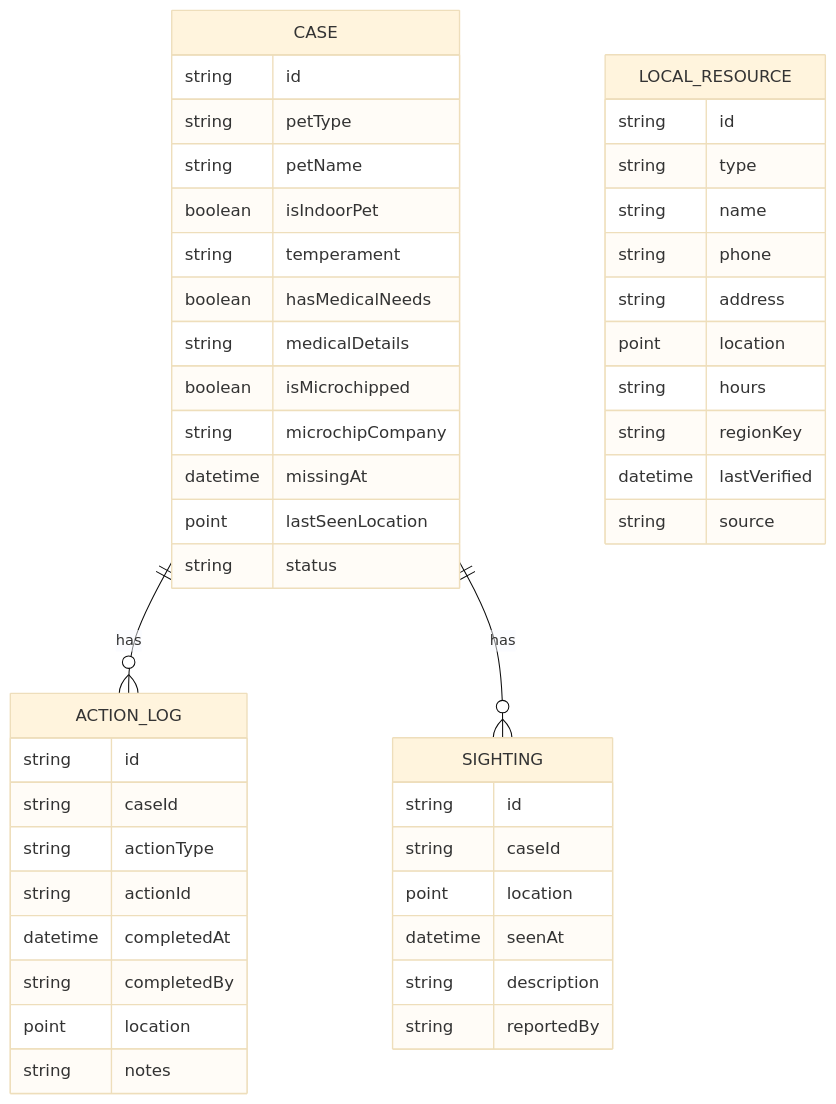
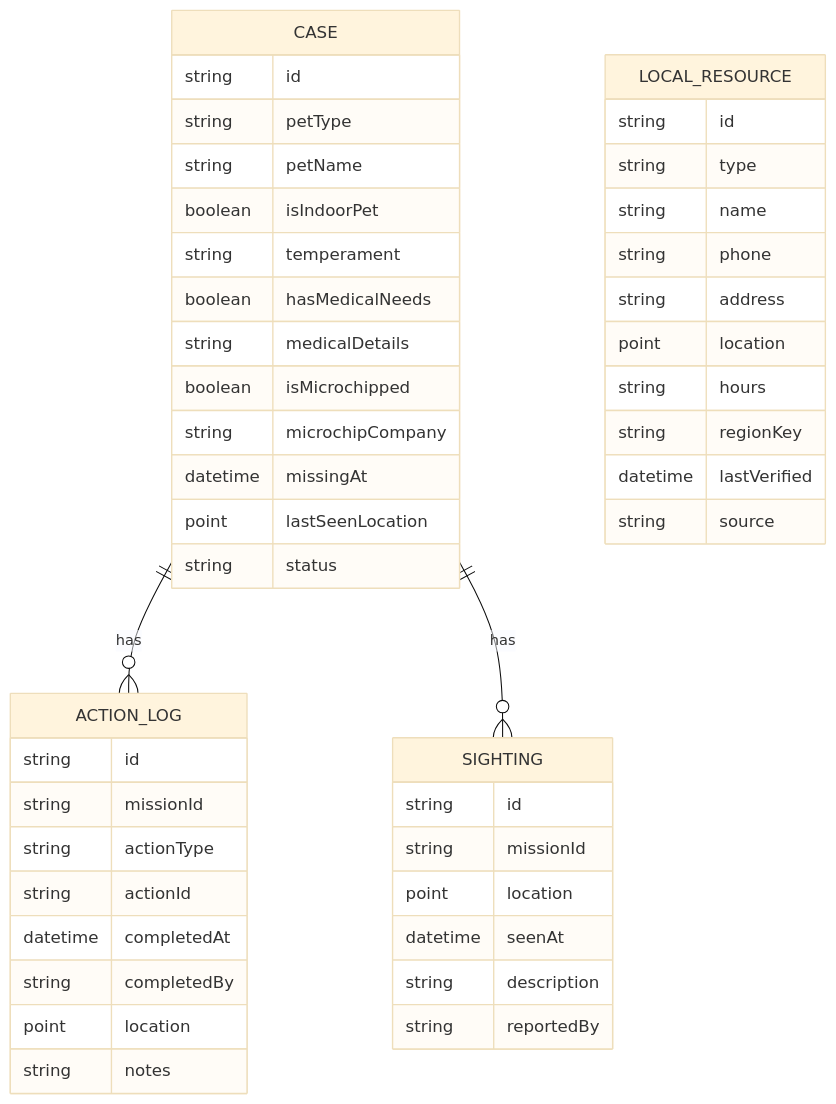
Diagram 12 of 13 in docs/actions-logic-flowchart.md (americansalb/petrecovery), drawn with Mermaid (base theme) before and after one commit. The commit also changed other lines of this file and 378 other files, not shown here.

````diff
--- a/docs/actions-logic-flowchart.md
+++ b/docs/actions-logic-flowchart.md
@@ -598,52 +598,52 @@
 ```mermaid
 erDiagram
     CASE ||--o{ ACTION_LOG : has
     CASE ||--o{ SIGHTING : has
     CASE {
         string id
         string petType
         string petName
         boolean isIndoorPet
         string temperament
         boolean hasMedicalNeeds
         string medicalDetails
         boolean isMicrochipped
         string microchipCompany
         datetime missingAt
         point lastSeenLocation
         string status
     }
 
     ACTION_LOG {
         string id
-        string caseId
+        string missionId
         string actionType
         string actionId
         datetime completedAt
         string completedBy
         point location
         string notes
     }
 
     LOCAL_RESOURCE {
         string id
         string type
         string name
         string phone
         string address
         point location
         string hours
         string regionKey
         datetime lastVerified
         string source
     }
 
     SIGHTING {
         string id
-        string caseId
+        string missionId
         point location
         datetime seenAt
         string description
         string reportedBy
     }
 ```
````
